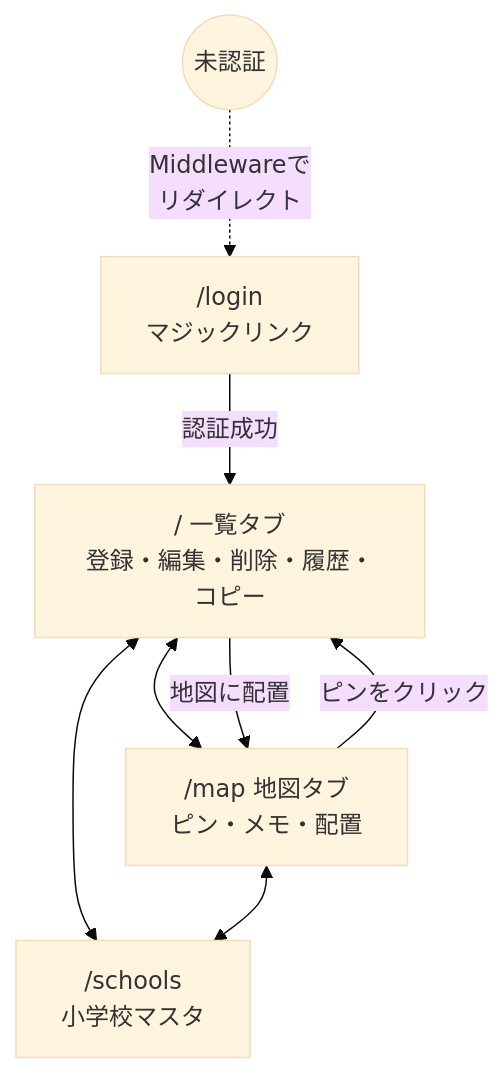
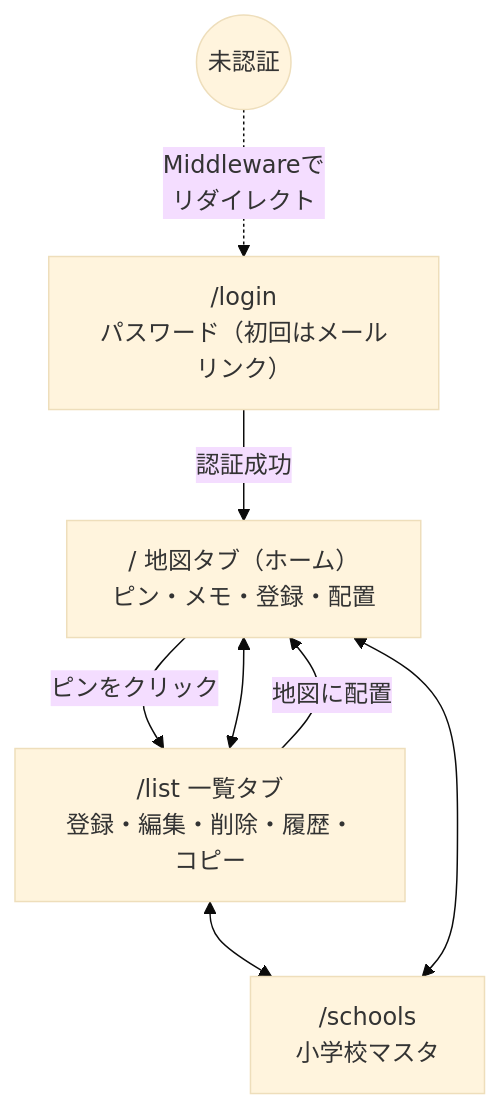
The third of 4 diagrams in docs/設計書.md (mikanoooosub-commits/flyer-tracker), drawn with Mermaid (base theme) before and after one commit. The commit also changed other lines of this file and 10 other files, not shown here.

First line of the commit message:
改善: 地図をホーム画面に変更＋登録ボタンを地図最上部へ

````diff
--- a/docs/設計書.md
+++ b/docs/設計書.md
@@ -135,15 +135,15 @@
 ```mermaid
 flowchart TD
   Guest(("未認証")) -. "Middlewareで<br/>リダイレクト" .-> Login
-  Login["/login<br/>マジックリンク"] -->|"認証成功"| List
+  Login["/login<br/>パスワード（初回はメールリンク）"] -->|"認証成功"| Map
 
-  List["/ 一覧タブ<br/>登録・編集・削除・履歴・コピー"]
-  Map["/map 地図タブ<br/>ピン・メモ・配置"]
+  Map["/ 地図タブ（ホーム）<br/>ピン・メモ・登録・配置"]
+  List["/list 一覧タブ<br/>登録・編集・削除・履歴・コピー"]
   Schools["/schools<br/>小学校マスタ"]
 
   List <--> Map
   List <--> Schools
   Map <--> Schools
   Map -->|"ピンをクリック"| List
   List -->|"地図に配置"| Map
 ```
````
